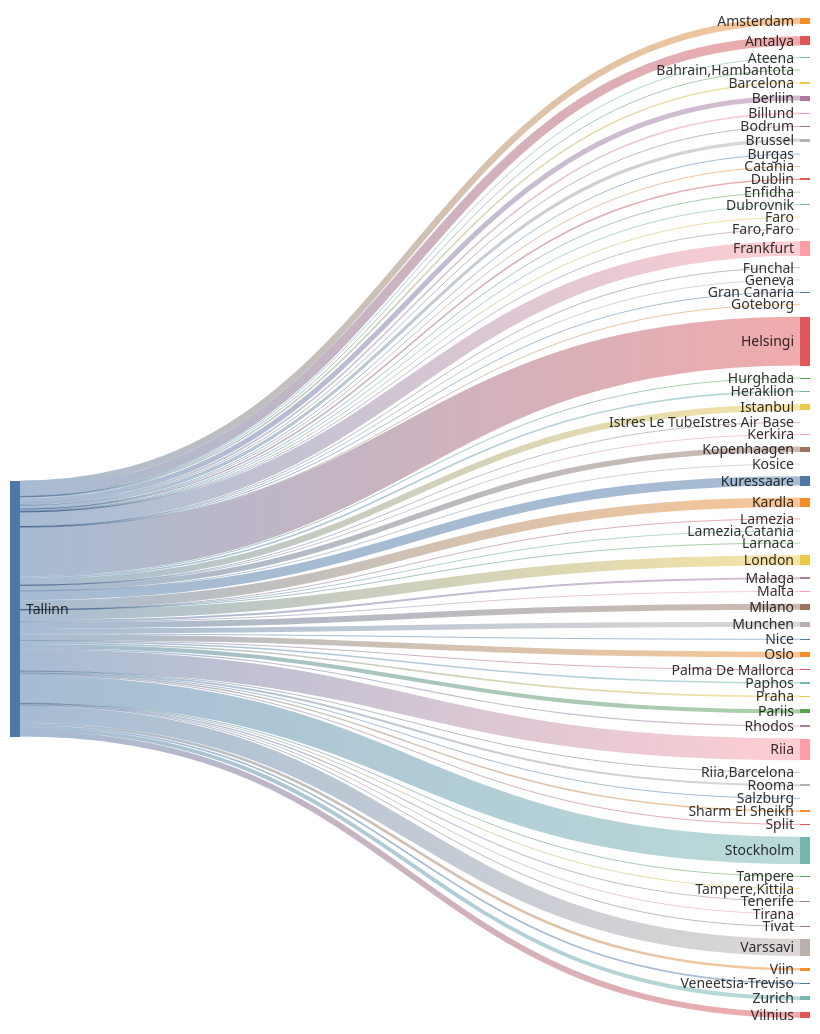
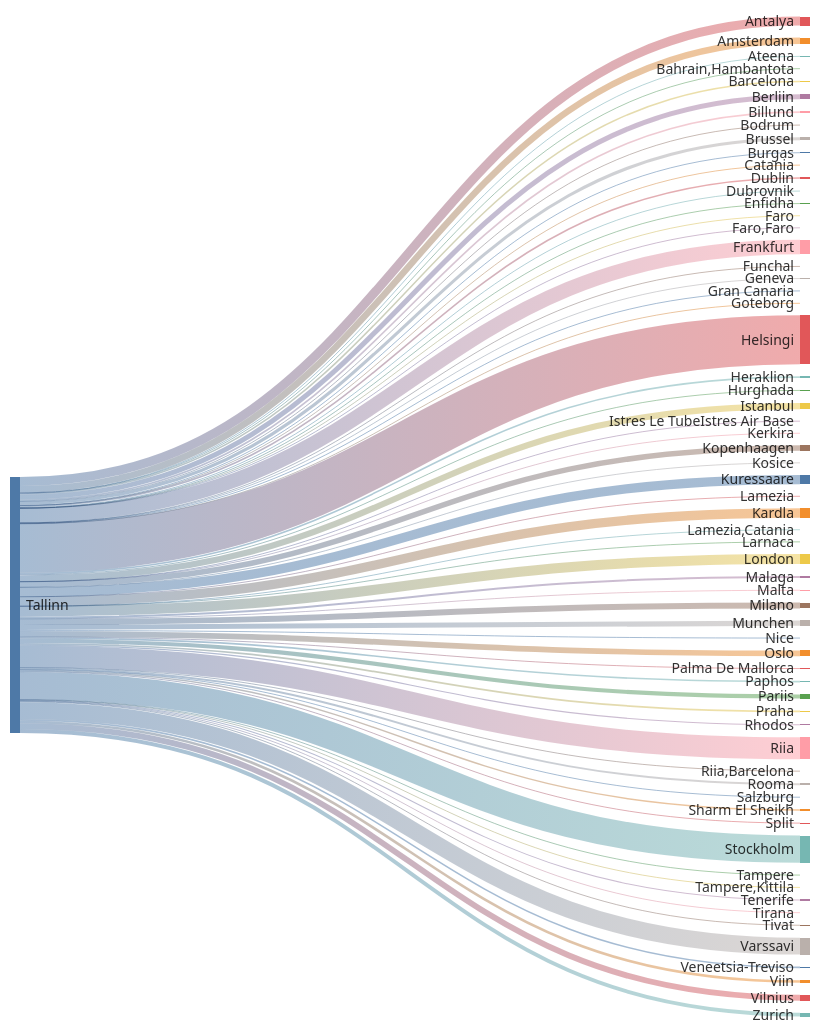
Before and after one commit to rainermesi/tll-airport-departures: the second of 2 diagrams in README.md, drawn with Mermaid. The commit also changed other lines of this file, not shown here.

````diff
--- a/README.md
+++ b/README.md
@@ -34,76 +34,76 @@
 ```mermaid
 ---
 config:
   sankey:
     showValues: false
     width: 800
     height: 1000
 ---
 sankey-beta
 %% source,target,value
-Tallinn,Amsterdam,188
+Tallinn,Amsterdam,190
 Tallinn,Antalya,264
 Tallinn,Ateena,16
 Tallinn,"Bahrain,Hambantota",1
 Tallinn,Barcelona,45
 Tallinn,Berliin,146
 Tallinn,Billund,49
 Tallinn,Bodrum,11
-Tallinn,Brussel,90
+Tallinn,Brussel,91
 Tallinn,Burgas,21
 Tallinn,Catania,2
 Tallinn,Dublin,46
 Tallinn,Dubrovnik,21
 Tallinn,Enfidha,7
 Tallinn,Faro,4
 Tallinn,"Faro,Faro",1
-Tallinn,Frankfurt,421
+Tallinn,Frankfurt,424
 Tallinn,Funchal,5
 Tallinn,Geneva,2
 Tallinn,Gran Canaria,21
 Tallinn,Goteborg,1
-Tallinn,Helsingi,1427
+Tallinn,Helsingi,1436
 Tallinn,Heraklion,46
 Tallinn,Hurghada,29
-Tallinn,Istanbul,181
+Tallinn,Istanbul,182
 Tallinn,Istres Le TubeIstres Air Base,2
 Tallinn,Kerkira,4
-Tallinn,Kopenhaagen,160
+Tallinn,Kopenhaagen,161
 Tallinn,Kosice,1
-Tallinn,Kuressaare,273
-Tallinn,Kardla,273
+Tallinn,Kuressaare,275
+Tallinn,Kardla,275
 Tallinn,Lamezia,1
 Tallinn,"Lamezia,Catania",3
 Tallinn,Larnaca,4
-Tallinn,London,292
-Tallinn,Malaga,58
+Tallinn,London,294
+Tallinn,Malaga,59
 Tallinn,Malta,15
-Tallinn,Milano,174
+Tallinn,Milano,175
 Tallinn,Munchen,151
 Tallinn,Nice,25
-Tallinn,Oslo,166
+Tallinn,Oslo,167
 Tallinn,Palma De Mallorca,19
 Tallinn,Paphos,45
-Tallinn,Pariis,121
+Tallinn,Pariis,122
 Tallinn,Praha,49
 Tallinn,Rhodos,32
-Tallinn,Riia,635
+Tallinn,Riia,639
 Tallinn,"Riia,Barcelona",1
 Tallinn,Rooma,58
 Tallinn,Salzburg,3
 Tallinn,Sharm El Sheikh,42
 Tallinn,Split,25
-Tallinn,Stockholm,796
+Tallinn,Stockholm,798
 Tallinn,Tampere,17
 Tallinn,"Tampere,Kittila",3
 Tallinn,Tenerife,31
 Tallinn,Tirana,8
 Tallinn,Tivat,26
-Tallinn,Varssavi,493
+Tallinn,Varssavi,495
 Tallinn,Veneetsia-Treviso,46
 Tallinn,Viin,77
-Tallinn,Vilnius,169
-Tallinn,Zurich,114
+Tallinn,Vilnius,171
+Tallinn,Zurich,115
 
 
 ```
````
